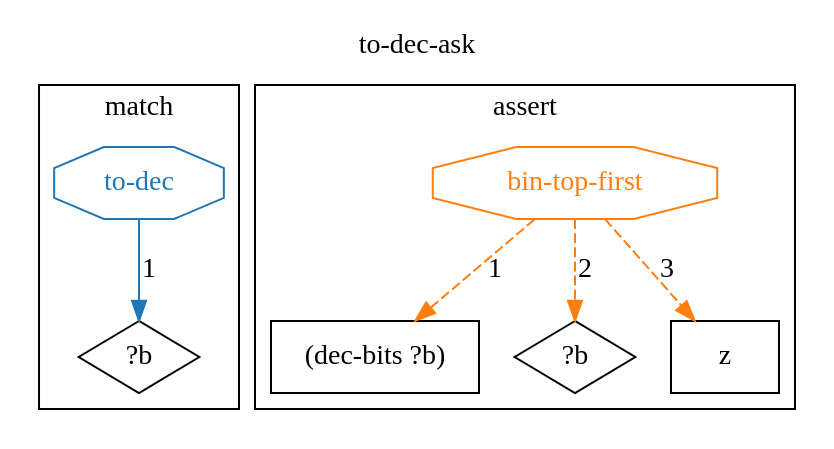
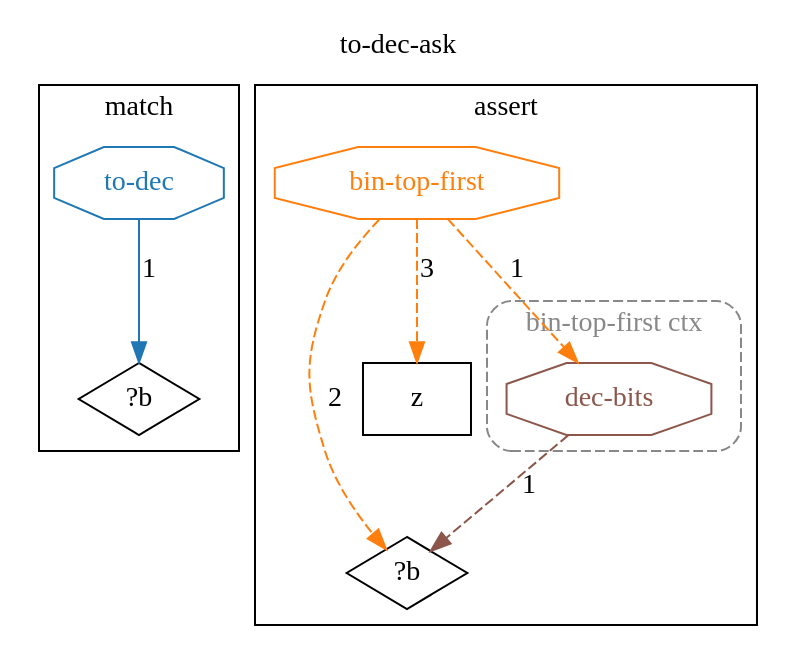
The diagram in docs/ein/user/04-reference/04-stdlib/diagrams/15-std.math.convert.to-dec-ask.dot (agutikov/ein), drawn with Graphviz before and after one commit. The commit also changed 691 other files, not shown here.

```diff
--- a/docs/ein/user/04-reference/04-stdlib/diagrams/15-std.math.convert.to-dec-ask.dot
+++ b/docs/ein/user/04-reference/04-stdlib/diagrams/15-std.math.convert.to-dec-ask.dot
@@ -1,18 +1,22 @@
 digraph rule_to_dec_ask_lhs_rhs {
   rankdir=TB;
   label="to-dec-ask"; labelloc=t;
   subgraph cluster_lhs { label="match";
     "?b_L" [label="?b", shape=diamond];
     "h1_to-dec_L" [shape=octagon, label="to-dec", color="#1f77b4", fontcolor="#1f77b4"];
     "h1_to-dec_L" -> "?b_L" [label="1", color="#1f77b4"];
   }
   subgraph cluster_rhs { label="assert";
-    "(dec-bits ?b)_R" [label="(dec-bits ?b)", shape=rectangle];
     "?b_R" [label="?b", shape=diamond];
     "z_R" [label="z", shape=rectangle];
+    subgraph cluster_ctx_R_0 {
+      label="bin-top-first ctx"; style="dashed,rounded"; color="#888888"; fontcolor="#888888";
+      "(dec-bits ?b)_R" [shape=octagon, label="dec-bits", color="#8c564b", fontcolor="#8c564b"];
+    }
     "h2_bin-top-first_R" [shape=octagon, label="bin-top-first", color="#ff7f0e", fontcolor="#ff7f0e"];
     "h2_bin-top-first_R" -> "(dec-bits ?b)_R" [label="1", color="#ff7f0e", style=dashed];
     "h2_bin-top-first_R" -> "?b_R" [label="2", color="#ff7f0e", style=dashed];
     "h2_bin-top-first_R" -> "z_R" [label="3", color="#ff7f0e", style=dashed];
+    "(dec-bits ?b)_R" -> "?b_R" [label="1", color="#8c564b", style=dashed];
   }
 }
```
